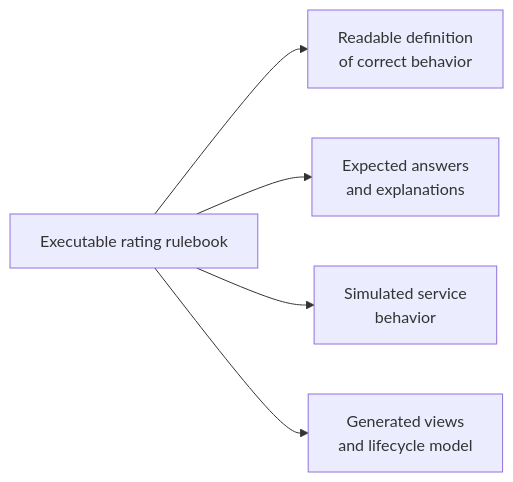
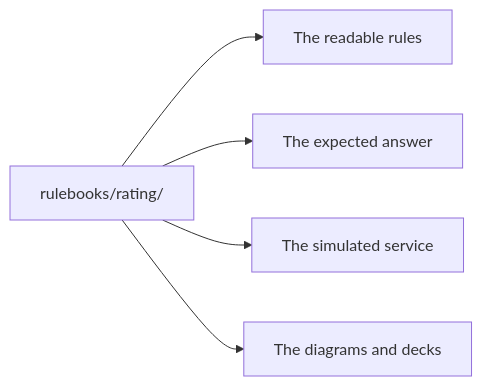
Before and after one commit to karatelabs/karate-agent-examples: the diagram in fleetquote/TUTORIAL.md, drawn with Mermaid. The commit also changed other lines of this file and 10 other files, not shown here.

First line of the commit message:
fleetquote: the evaluation-path tutorial, the twin and its pinned sequences inside the kit, three claimed arms with two new criteria, reject and pinned rows; engine 2.1.3.RC3 (current RC)

````diff
--- a/fleetquote/TUTORIAL.md
+++ b/fleetquote/TUTORIAL.md
@@ -35,13 +13,12 @@
 ```mermaid
 flowchart LR
-    R["Executable rating rulebook"]
-    S["Readable definition<br/>of correct behavior"]
-    O["Expected answers<br/>and explanations"]
-    M["Simulated service<br/>behavior"]
-    V["Generated views<br/>and lifecycle model"]
-
+    R["rulebooks/rating/"]
+    S["The readable rules"]
+    O["The expected answer"]
+    M["The simulated service"]
+    V["The diagrams and decks"]
     R --> S
     R --> O
     R --> M
     R --> V
 ```
````
